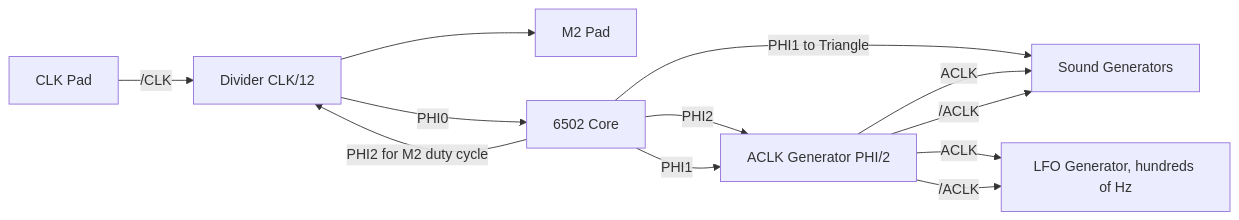
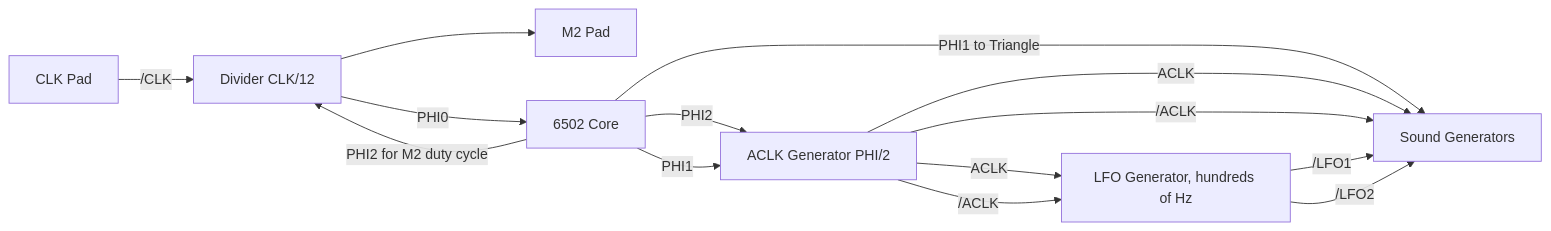
One commit to emu-russia/breaks changed the diagram in BreakingNESWiki_DeepL/APU/clkgen.md. Above: the diagram before and after it, drawn with Mermaid.

````diff
--- a/BreakingNESWiki_DeepL/APU/clkgen.md
+++ b/BreakingNESWiki_DeepL/APU/clkgen.md
@@ -37,14 +37,16 @@
 ```mermaid
 graph LR;
   clkpad[CLK Pad]-->|/CLK|div[Divider CLK/12]
   div[Divider CLK/12]-->m2[M2 Pad]
   div[Divider CLK/12]-->|PHI0|core[6502 Core]
   core[6502 Core]-->|PHI2|aclk[ACLK Generator PHI/2]
   core[6502 Core]-->|PHI2 for M2 duty cycle|div[Divider CLK/12]
   core[6502 Core]-->|PHI1|aclk[ACLK Generator PHI/2]
   core[6502 Core]-->|PHI1 to Triangle|sound[Sound Generators]
   aclk[ACLK Generator PHI/2]-->|ACLK|sound[Sound Generators]
   aclk[ACLK Generator PHI/2]-->|/ACLK|sound[Sound Generators]
   aclk[ACLK Generator PHI/2]-->|ACLK|lfo[LFO Generator, hundreds of Hz]
   aclk[ACLK Generator PHI/2]-->|/ACLK|lfo[LFO Generator, hundreds of Hz]
+  lfo[LFO Generator, hundreds of Hz]-->|/LFO1|sound[Sound Generators]
+  lfo[LFO Generator, hundreds of Hz]-->|/LFO2|sound[Sound Generators]
 ```
````
